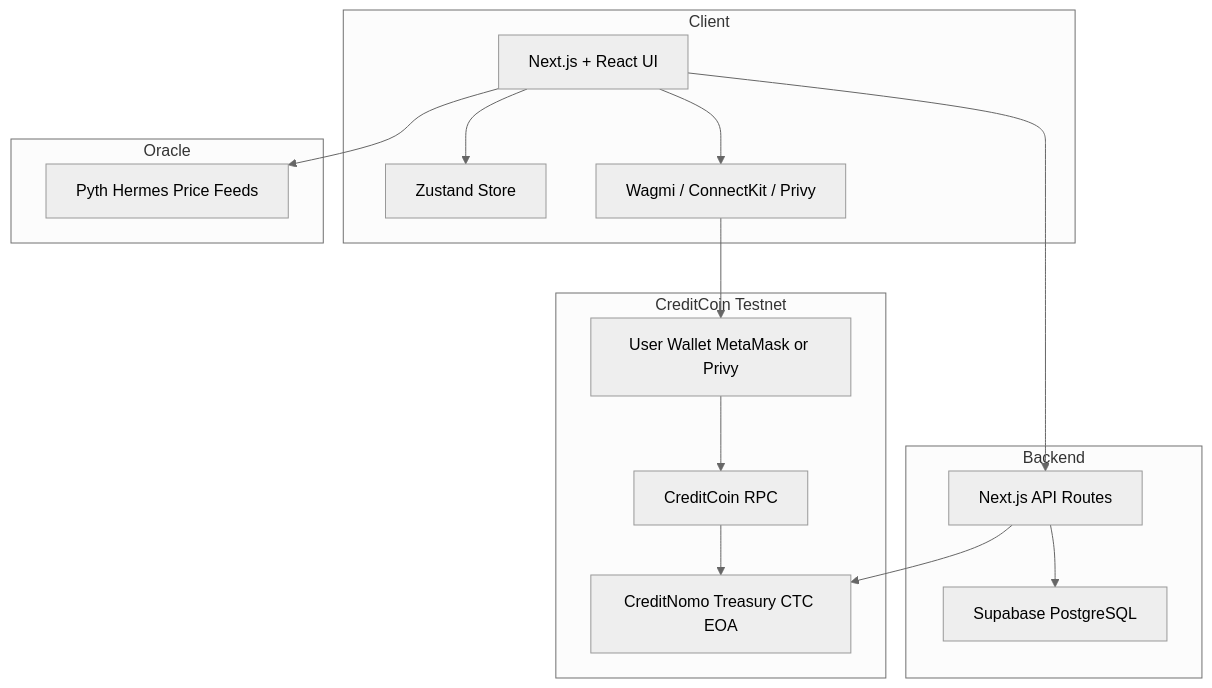
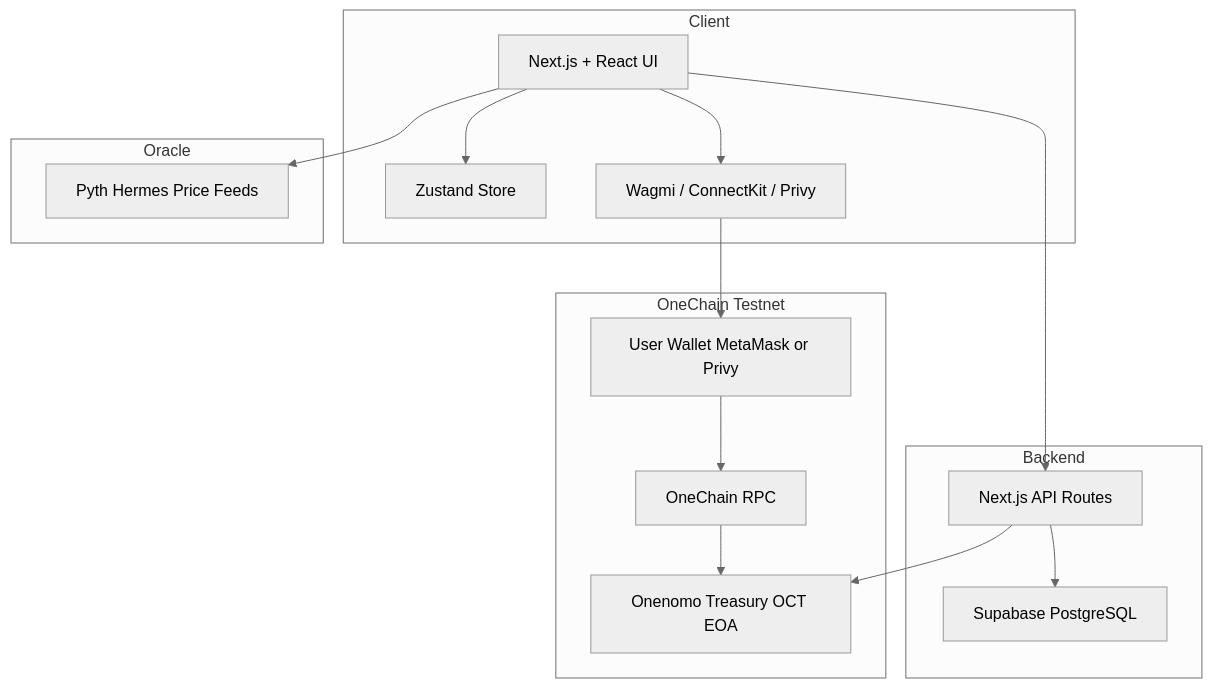
Before and after one commit to AmaanSayyad/Onenomo: the second of 4 diagrams in README.md, drawn with Mermaid (neutral theme). The commit also changed other lines of this file and 91 other files, not shown here.

````diff
--- a/README.md
+++ b/README.md
@@ -171,33 +171,33 @@
 ```mermaid
 graph TB
     subgraph Client
         UI["Next.js + React UI"]
         Store["Zustand Store"]
         Wallets["Wagmi / ConnectKit / Privy"]
     end
 
     subgraph Oracle
         Pyth["Pyth Hermes Price Feeds"]
     end
 
-    subgraph CTCChain["CreditCoin Testnet"]
+    subgraph OCTChain["OneChain Testnet"]
         UserWallet["User Wallet MetaMask or Privy"]
-        Treasury["CreditNomo Treasury CTC EOA"]
-        CreditCoinRPC["CreditCoin RPC"]
+        Treasury["Onenomo Treasury OCT EOA"]
+        OneChainRPC["OneChain RPC"]
     end
 
     subgraph Backend
         API["Next.js API Routes"]
         DB["Supabase PostgreSQL"]
     end
 
     UI --> Store
     UI --> Wallets
     Wallets --> UserWallet
-    UserWallet --> CreditCoinRPC
-    CreditCoinRPC --> Treasury
+    UserWallet --> OneChainRPC
+    OneChainRPC --> Treasury
     UI --> Pyth
     UI --> API
     API --> DB
     API --> Treasury
 ```
````
